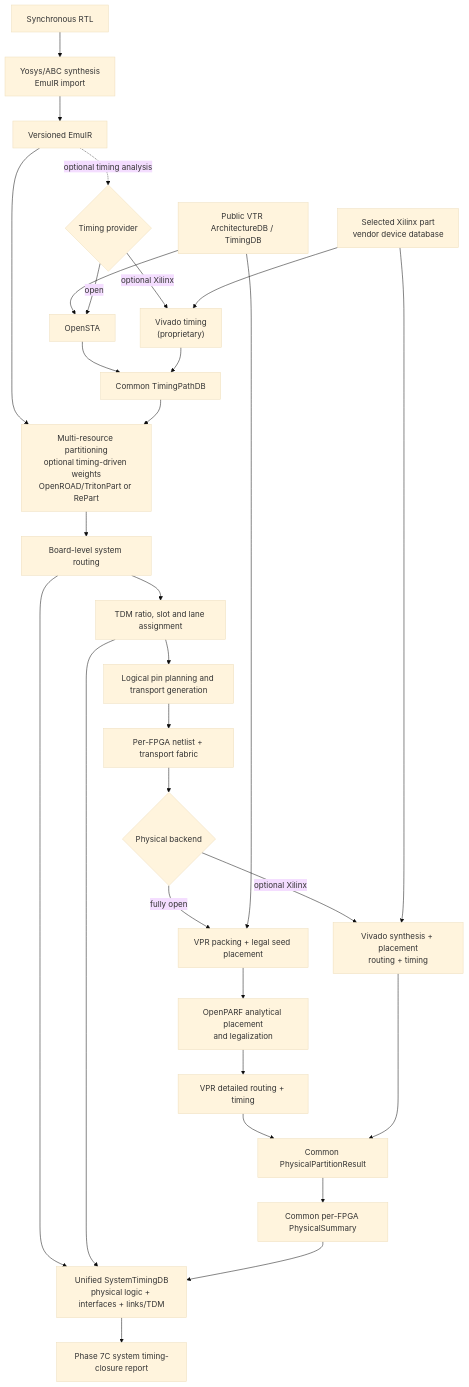
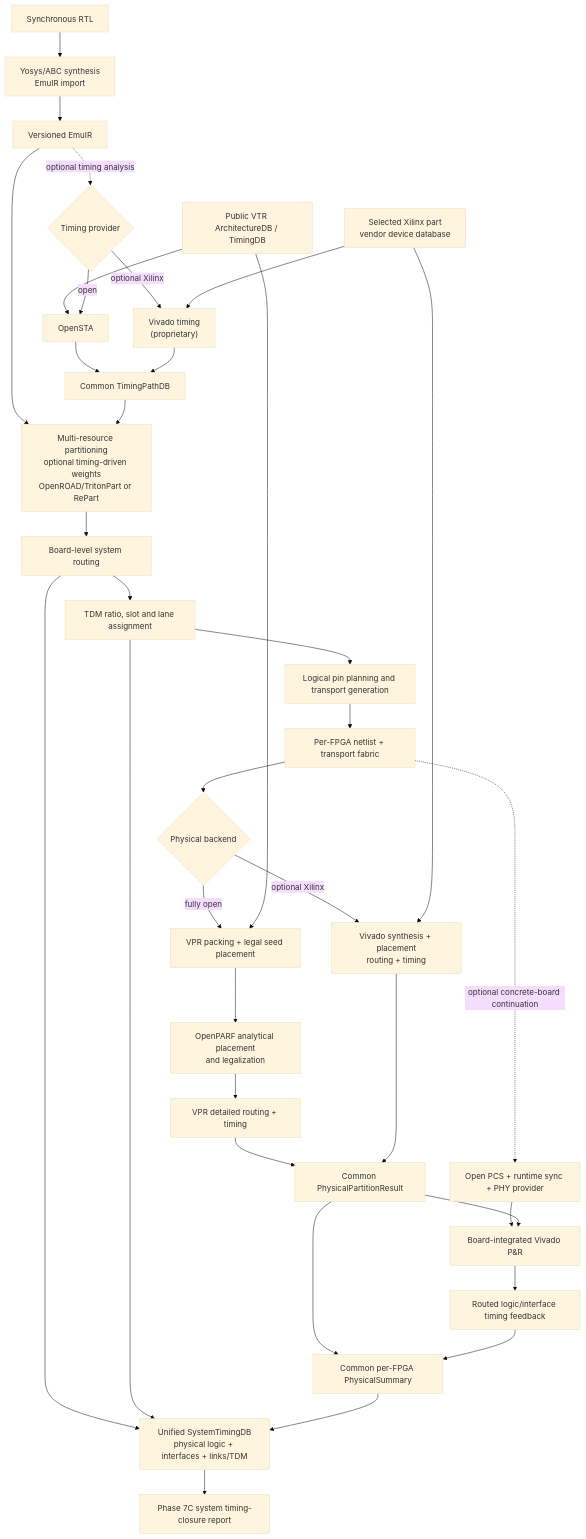
One commit to ZeayW/FGPA_emulation changed the diagram in README.md. Above: the diagram before and after it, drawn with Mermaid (base theme). The commit also changed other lines of this file and 12 other files, not shown here.

Commit message:
feat: add routed board timing feedback

````diff
--- a/README.md
+++ b/README.md
@@ -148,39 +148,44 @@
 ```mermaid
 flowchart TD
     RTL["Synchronous RTL"] --> SYN["Yosys/ABC synthesis<br/>EmuIR import"]
 
     SYN --> IR["Versioned EmuIR"]
     IR --> PART["Multi-resource partitioning<br/>optional timing-driven weights<br/>OpenROAD/TritonPart or RePart"]
 
     IR -. optional timing analysis .-> TP{"Timing provider"}
     PUBARCH["Public VTR ArchitectureDB / TimingDB"] --> OSTA["OpenSTA"]
     TP -->|open| OSTA
     TP -->|optional Xilinx| VTIM["Vivado timing<br/>(proprietary)"]
     OSTA --> TDB["Common TimingPathDB"]
     VTIM --> TDB
     TDB --> PART
 
     PART --> SROUTE["Board-level system routing"]
     SROUTE --> TDM["TDM ratio, slot and lane assignment"]
     TDM --> PIN["Logical pin planning and transport generation"]
     PIN --> SPLIT["Per-FPGA netlist + transport fabric"]
 
     SPLIT --> PB{"Physical backend"}
 
     PB -->|fully open| VPACK["VPR packing + legal seed placement"]
     PUBARCH --> VPACK
     VPACK --> OP["OpenPARF analytical placement<br/>and legalization"]
     OP --> VROUTE["VPR detailed routing + timing"]
 
     PB -->|optional Xilinx| XV["Vivado synthesis + placement<br/>routing + timing"]
     XDB["Selected Xilinx part<br/>vendor device database"] --> VTIM
     XDB --> XV
 
     VROUTE --> PPR["Common PhysicalPartitionResult"]
     XV --> PPR
     PPR --> PS["Common per-FPGA PhysicalSummary"]
+    SPLIT -. optional concrete-board continuation .-> BSP["Open PCS + runtime sync + PHY provider"]
+    BSP --> BPR["Board-integrated Vivado P&R"]
+    PPR --> BPR
+    BPR --> BTF["Routed logic/interface timing feedback"]
+    BTF --> PS
     SROUTE --> ST["Unified SystemTimingDB<br/>physical logic + interfaces + links/TDM"]
     TDM --> ST
     PS --> ST
     ST --> P7C["Phase 7C system timing-closure report"]
 ```
````
